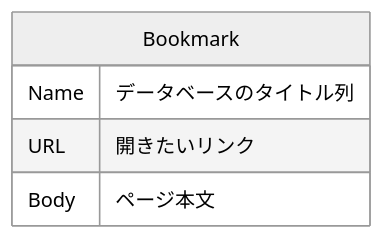
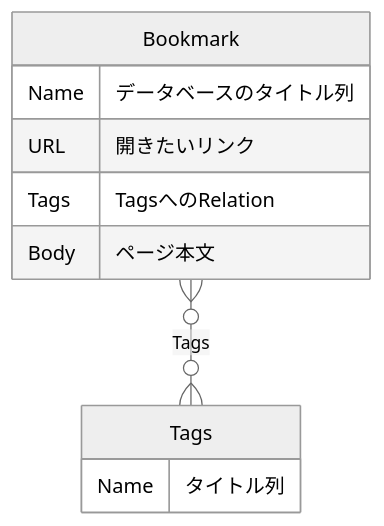
The diagram in README.md (kuroweb/raycast-notion-bookmark), drawn with Mermaid (neutral theme) before and after one commit. The commit also changed other lines of this file and 6 other files, not shown here.

````diff
--- a/README.md
+++ b/README.md
@@ -11,8 +11,13 @@
   ```mermaid
   erDiagram
+      Tags {
+          Name タイトル列
+      }
       Bookmark {
           Name データベースのタイトル列
           URL 開きたいリンク
+          Tags TagsへのRelation
           Body ページ本文
       }
+      Bookmark }o--o{ Tags : Tags
   ```
````
